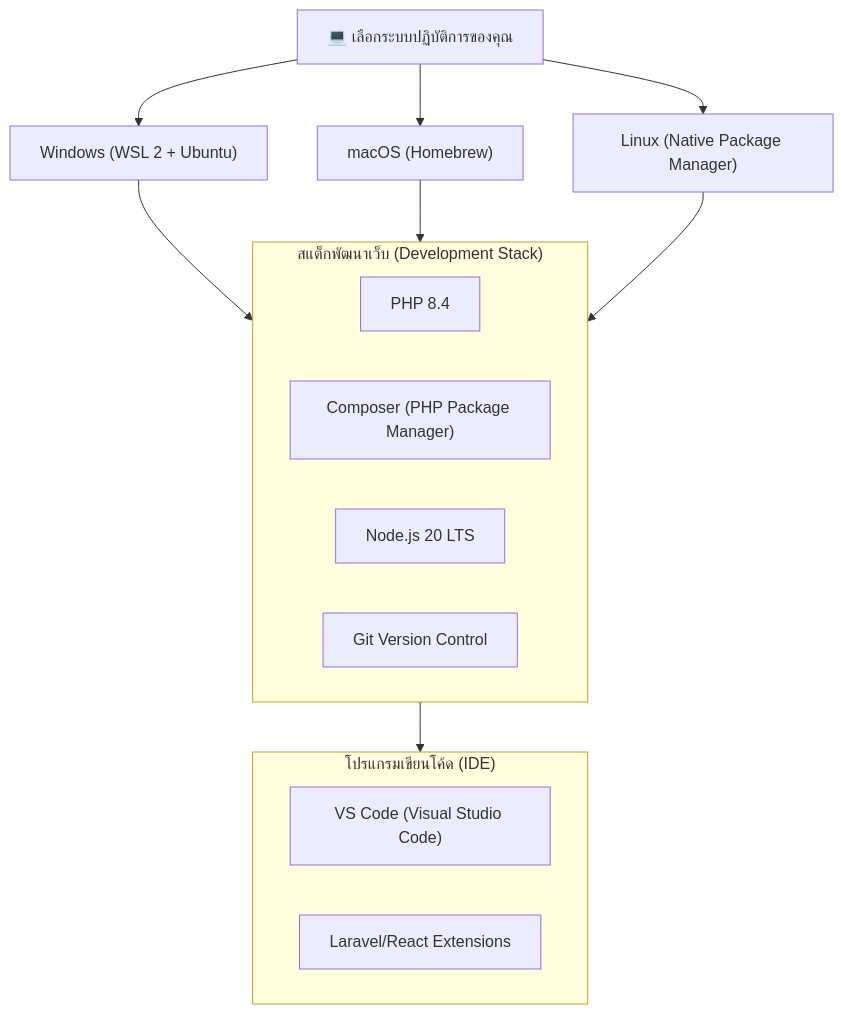
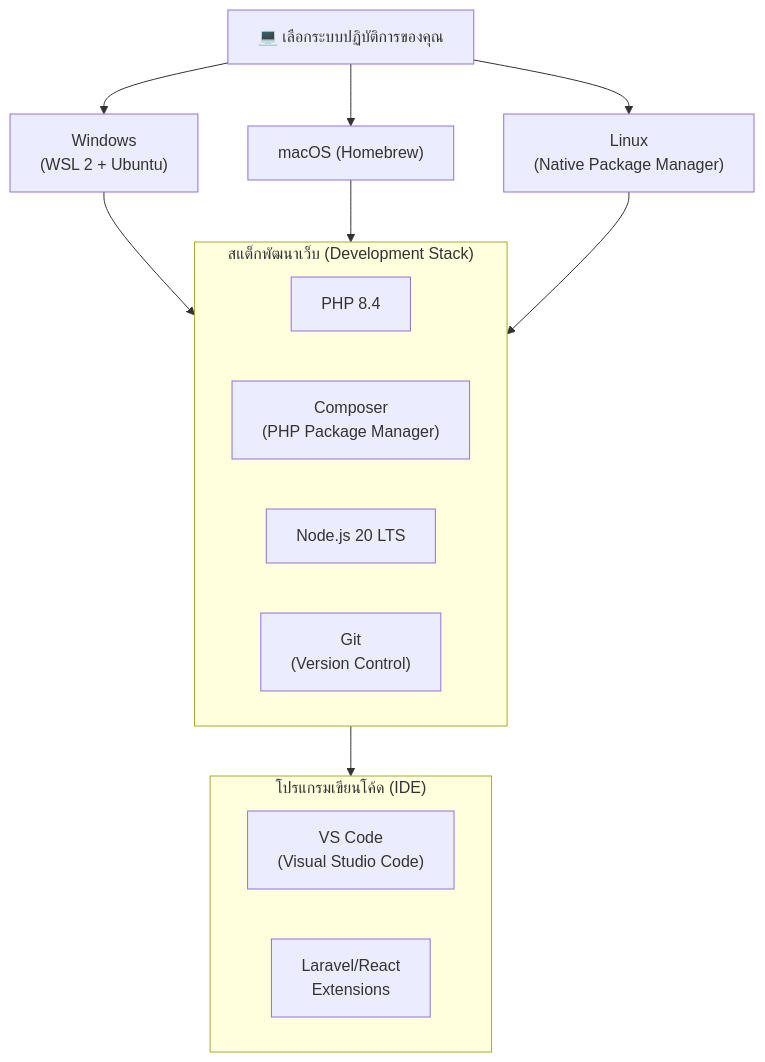
Before and after one commit to Krungsri/laravel-vibecode: the diagram in system-requirements.md, drawn with Mermaid. The commit also changed 3 other files, not shown here.

Commit message:
style: remove hardcoded Mermaid styles, fix overflow in requirements chart, and invert Anthropic logo in light mode

````diff
--- a/system-requirements.md
+++ b/system-requirements.md
@@ -41,23 +41,23 @@
 ```mermaid
 flowchart TD
     OS["💻 เลือกระบบปฏิบัติการของคุณ"]
-    OS --> Win["Windows (WSL 2 + Ubuntu)"]
+    OS --> Win["Windows<br>(WSL 2 + Ubuntu)"]
     OS --> Mac["macOS (Homebrew)"]
-    OS --> Lin["Linux (Native Package Manager)"]
+    OS --> Lin["Linux<br>(Native Package Manager)"]
 
     Win & Mac & Lin --> DevStack["สแต็กการพัฒนาหลัก"]
     
     subgraph DevStack ["สแต็กพัฒนาเว็บ (Development Stack)"]
         PHP["PHP 8.4"]
-        Comp["Composer (PHP Package Manager)"]
+        Comp["Composer<br>(PHP Package Manager)"]
         Node["Node.js 20 LTS"]
-        Git["Git Version Control"]
+        Git["Git<br>(Version Control)"]
     end
 
     DevStack --> IDE["เอดิเตอร์และส่วนเสริม"]
     
     subgraph IDE ["โปรแกรมเขียนโค้ด (IDE)"]
-        VSCode["VS Code (Visual Studio Code)"]
-        Exts["Laravel/React Extensions"]
+        VSCode["VS Code<br>(Visual Studio Code)"]
+        Exts["Laravel/React<br>Extensions"]
     end
 ```
````
